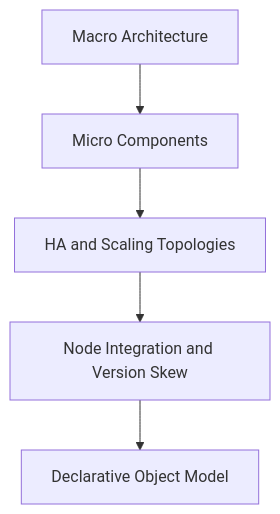
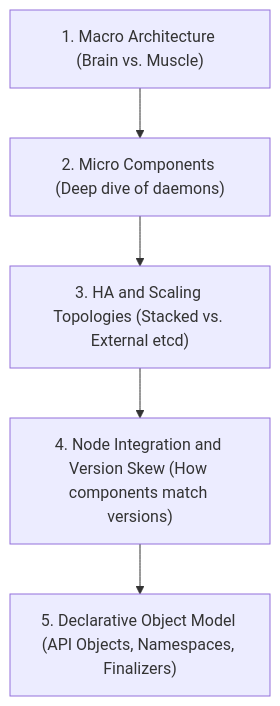
One commit to kmashour/BrainDump changed the first of 2 diagrams in Reference Notes/02_cluster_architecture_and_components.md. Above: the diagram before and after it, drawn with Mermaid. The commit also changed 15 other files, not shown here.

Commit message:
docs: restore detailed informative mermaid diagrams replacing ampersands with 'and'

````diff
--- a/Reference Notes/02_cluster_architecture_and_components.md
+++ b/Reference Notes/02_cluster_architecture_and_components.md
@@ -11,7 +11,7 @@
 ```mermaid
 graph TD
-    A["Macro Architecture"] --> B["Micro Components"]
-    B --> C["HA and Scaling Topologies"]
-    C --> D["Node Integration and Version Skew"]
-    D --> E["Declarative Object Model"]
+    A["1. Macro Architecture (Brain vs. Muscle)"] --> B["2. Micro Components (Deep dive of daemons)"]
+    B --> C["3. HA and Scaling Topologies (Stacked vs. External etcd)"]
+    C --> D["4. Node Integration and Version Skew (How components match versions)"]
+    D --> E["5. Declarative Object Model (API Objects, Namespaces, Finalizers)"]
 ```
````
